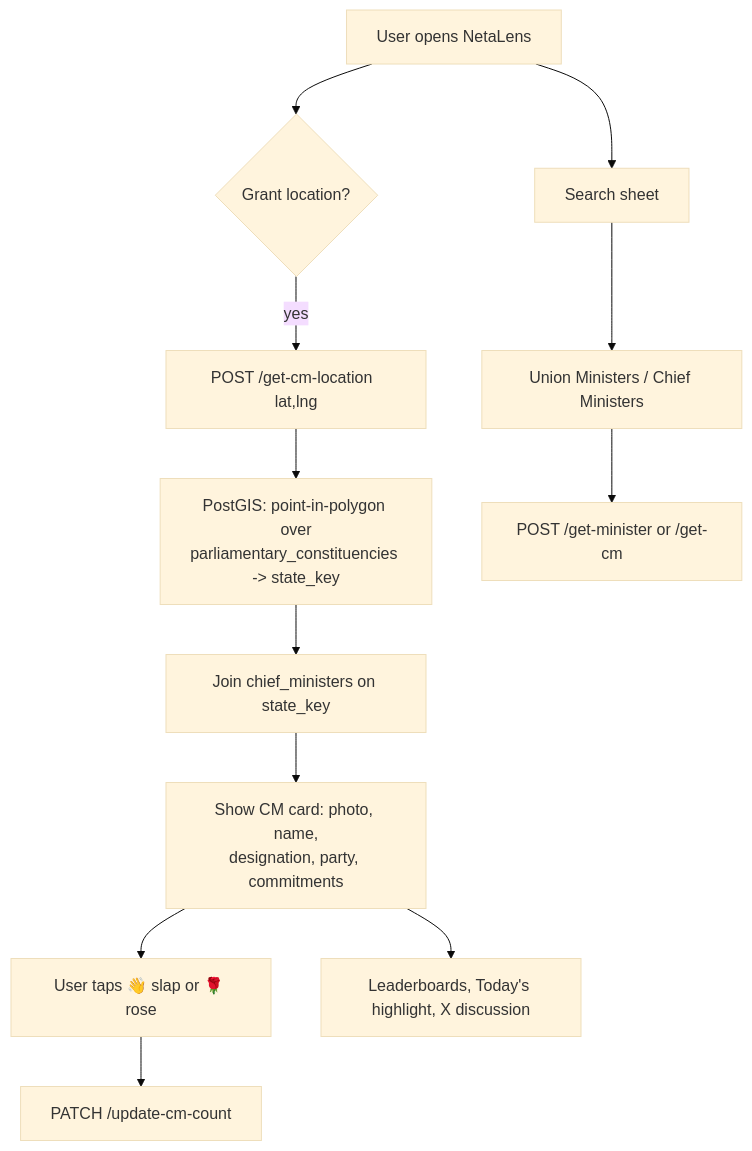
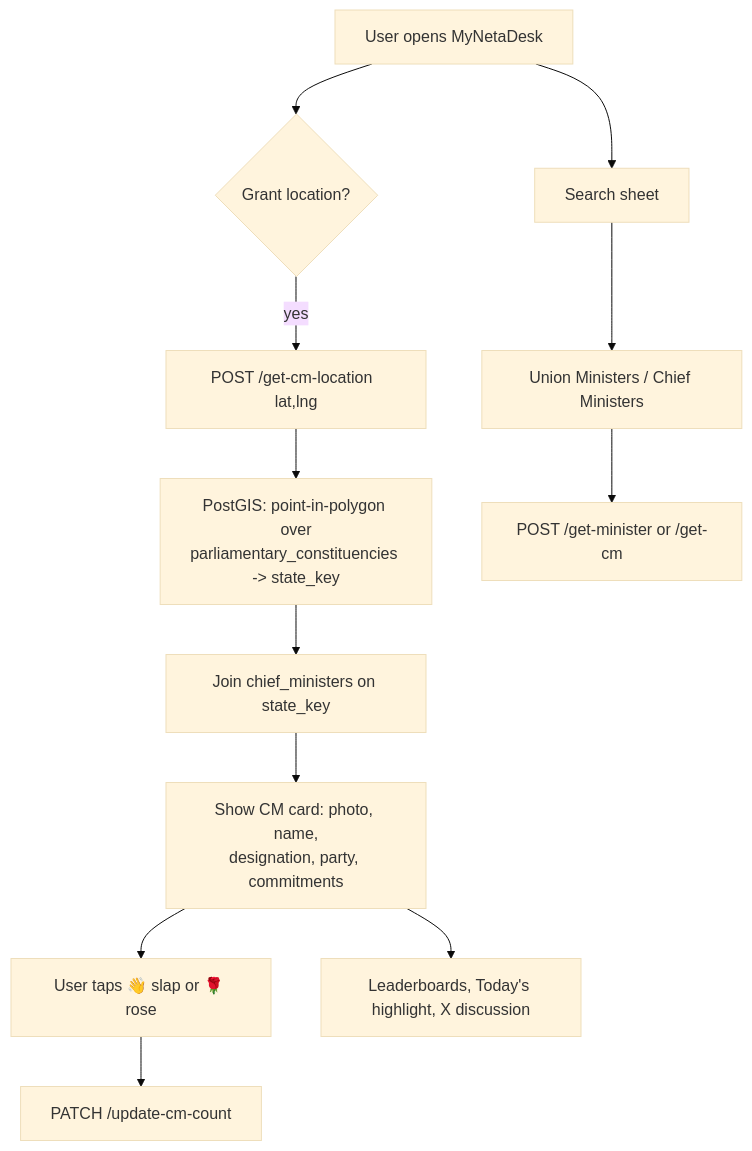
The diagram in README.md (abhiraj070/MyNetaDesk), drawn with Mermaid (base theme) before and after one commit. The commit also changed other lines of this file and 7 other files, not shown here.

````diff
--- a/README.md
+++ b/README.md
@@ -41,14 +41,14 @@
 ```mermaid
 flowchart TD
-    A[User opens NetaLens] --> B{Grant location?}
+    A[User opens MyNetaDesk] --> B{Grant location?}
     B -- yes --> C[POST /get-cm-location  lat,lng]
     C --> D[PostGIS: point-in-polygon over<br/>parliamentary_constituencies -> state_key]
     D --> E[Join chief_ministers on state_key]
     E --> F[Show CM card: photo, name,<br/>designation, party, commitments]
     F --> G[User taps 👋 slap or 🌹 rose]
     G --> H[PATCH /update-cm-count]
     A --> I[Search sheet]
     I --> J[Union Ministers / Chief Ministers]
     J --> K[POST /get-minister or /get-cm]
     F --> L[Leaderboards, Today's highlight, X discussion]
 ```
````
